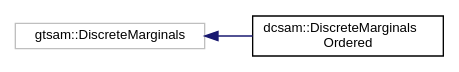
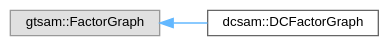
The diagram in inherit_graph_7.dot (MarineRoboticsGroup/dcsam), drawn with Graphviz before and after one commit. The commit also changed 348 other files, not shown here.

```diff
--- a/inherit_graph_7.dot
+++ b/inherit_graph_7.dot
@@ -1,10 +1,11 @@
 digraph "Graphical Class Hierarchy"
 {
  // LATEX_PDF_SIZE
-  edge [fontname="Helvetica",fontsize="10",labelfontname="Helvetica",labelfontsize="10"];
-  node [fontname="Helvetica",fontsize="10",shape=record];
+  bgcolor="transparent";
+  edge [fontname=Helvetica,fontsize=10,labelfontname=Helvetica,labelfontsize=10];
+  node [fontname=Helvetica,fontsize=10,shape=box,height=0.2,width=0.4];
   rankdir="LR";
-  Node8 [label="gtsam::DiscreteMarginals",height=0.2,width=0.4,color="grey75", fillcolor="white", style="filled",tooltip=" "];
-  Node8 -> Node0 [dir="back",color="midnightblue",fontsize="10",style="solid",fontname="Helvetica"];
-  Node0 [label="dcsam::DiscreteMarginals\lOrdered",height=0.2,width=0.4,color="black", fillcolor="white", style="filled",URL="$classdcsam_1_1_discrete_marginals_ordered.html",tooltip="Simple discrete marginals class allowing specific ordering."];
+  Node0 [id="Node000000",label="gtsam::FactorGraph",height=0.2,width=0.4,color="grey60", fillcolor="#E0E0E0", style="filled",tooltip=" "];
+  Node0 -> Node1 [id="edge11_Node000000_Node000001",dir="back",color="steelblue1",style="solid",tooltip=" "];
+  Node1 [id="Node000001",label="dcsam::DCFactorGraph",height=0.2,width=0.4,color="grey40", fillcolor="white", style="filled",URL="$classdcsam_1_1_d_c_factor_graph.html",tooltip=" "];
 }
```
